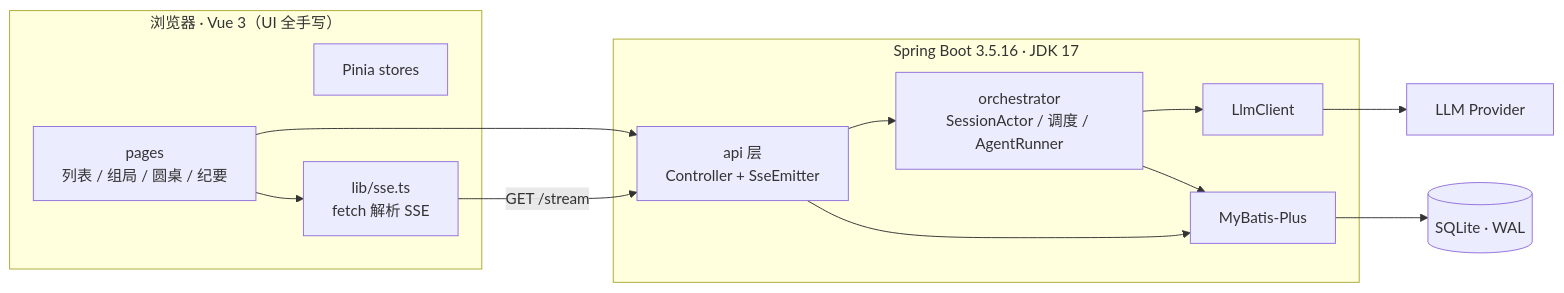
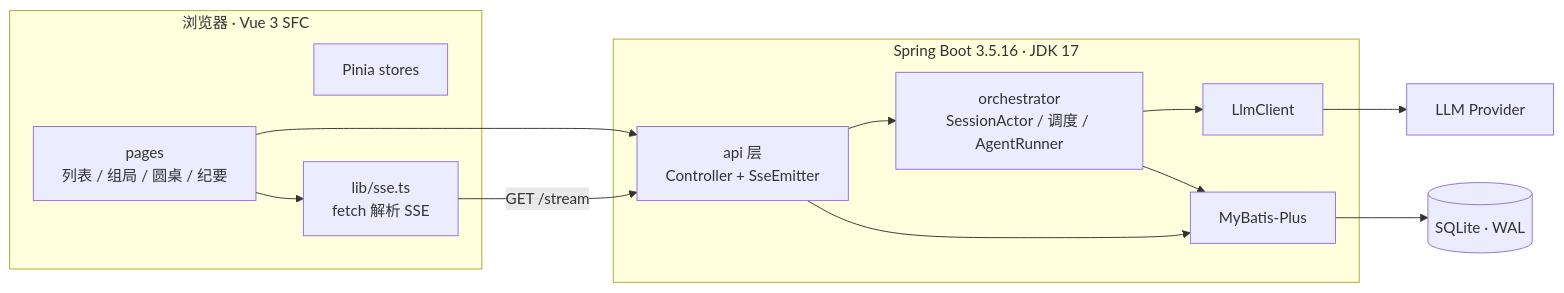
One commit to zueszyz/ai-panel-studio changed the diagram in README.md. Above: the diagram before and after it, drawn with Mermaid. The commit also changed other lines of this file and 8 other files, not shown here.

````diff
--- a/README.md
+++ b/README.md
@@ -103,25 +96,25 @@
 ```mermaid
 flowchart LR
-    subgraph B["浏览器 · Vue 3（UI 全手写）"]
+    subgraph B["浏览器 · Vue 3 SFC"]
         P["pages<br/>列表 / 组局 / 圆桌 / 纪要"]
         S["Pinia stores"]
         E["lib/sse.ts<br/>fetch 解析 SSE"]
     end
     subgraph A["Spring Boot 3.5.16 · JDK 17"]
         C["api 层<br/>Controller + SseEmitter"]
         O["orchestrator<br/>SessionActor / 调度 / AgentRunner"]
         M["MyBatis-Plus"]
         L["LlmClient"]
     end
     DB[("SQLite · WAL")]
     LLM["LLM Provider"]
     P --> C
     P --> E
     E -->|"GET /stream"| C
     C --> O
     C --> M
     O --> L
     O --> M
     M --> DB
     L --> LLM
 ```
````
